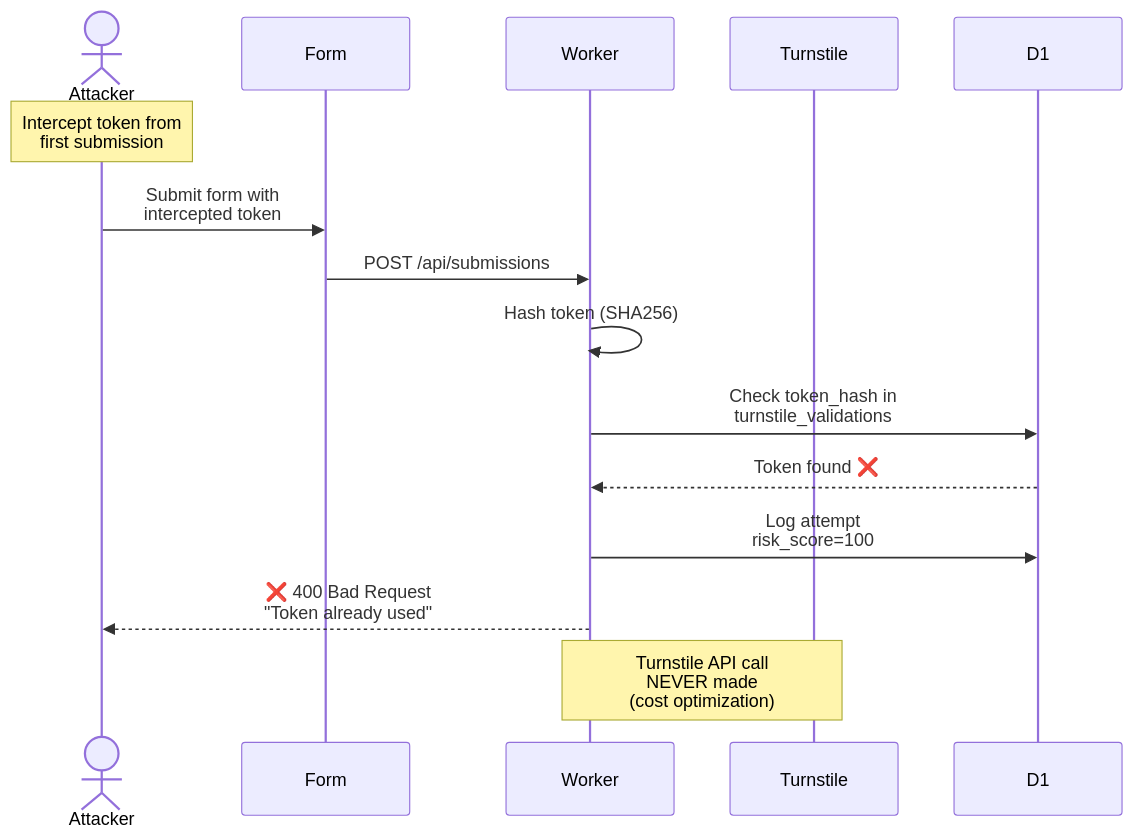
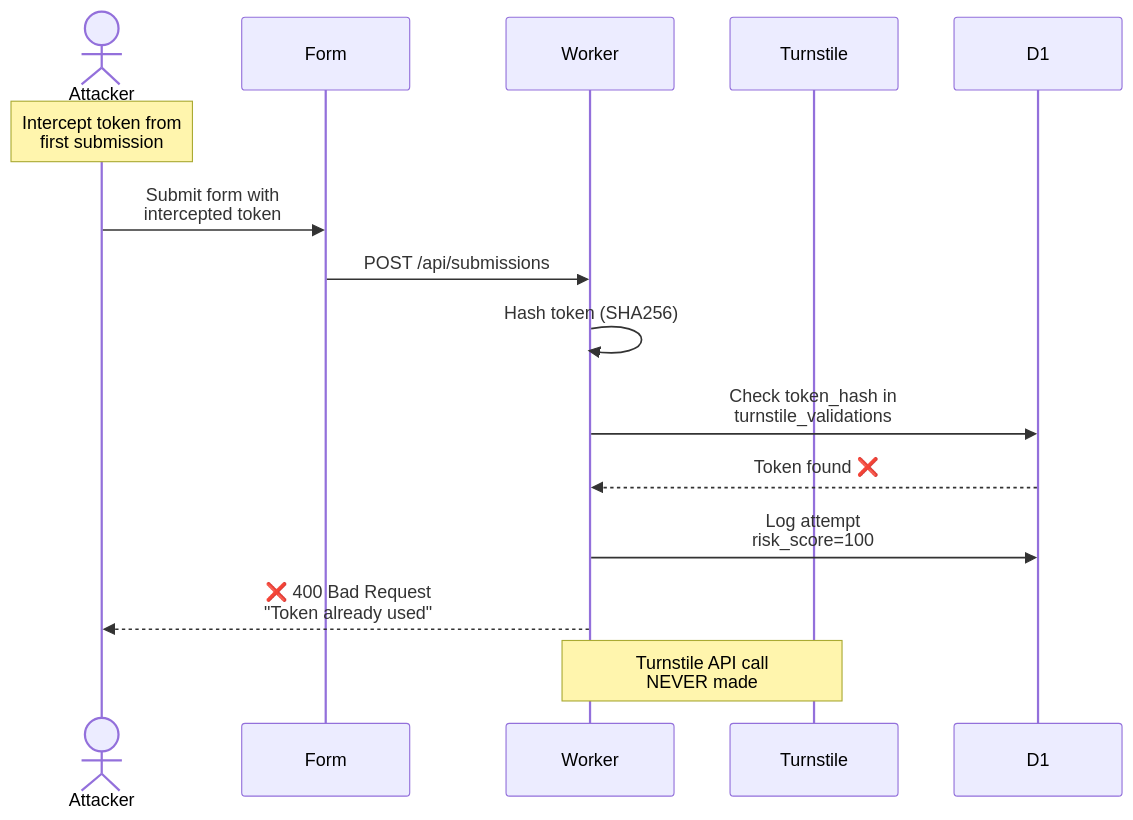
Before and after one commit to erfianugrah/turnstile-flow: the second of 4 diagrams in docs/FRAUD-DETECTION.md, drawn with Mermaid. The commit also changed other lines of this file and 3 other files, not shown here.

````diff
--- a/docs/FRAUD-DETECTION.md
+++ b/docs/FRAUD-DETECTION.md
@@ -332,19 +313,19 @@
 ```mermaid
 sequenceDiagram
     actor Attacker
     participant Form
     participant Worker
     participant Turnstile
     participant D1
 
     Note over Attacker: Intercept token from<br/>first submission
     Attacker->>Form: Submit form with<br/>intercepted token
     Form->>Worker: POST /api/submissions
     Worker->>Worker: Hash token (SHA256)
     Worker->>D1: Check token_hash in<br/>turnstile_validations
     D1-->>Worker: Token found ❌
     Worker->>D1: Log attempt<br/>risk_score=100
     Worker-->>Attacker: ❌ 400 Bad Request<br/>"Token already used"
 
-    Note over Worker,Turnstile: Turnstile API call<br/>NEVER made<br/>(cost optimization)
+    Note over Worker,Turnstile: Turnstile API call<br/>NEVER made
 ```
````
